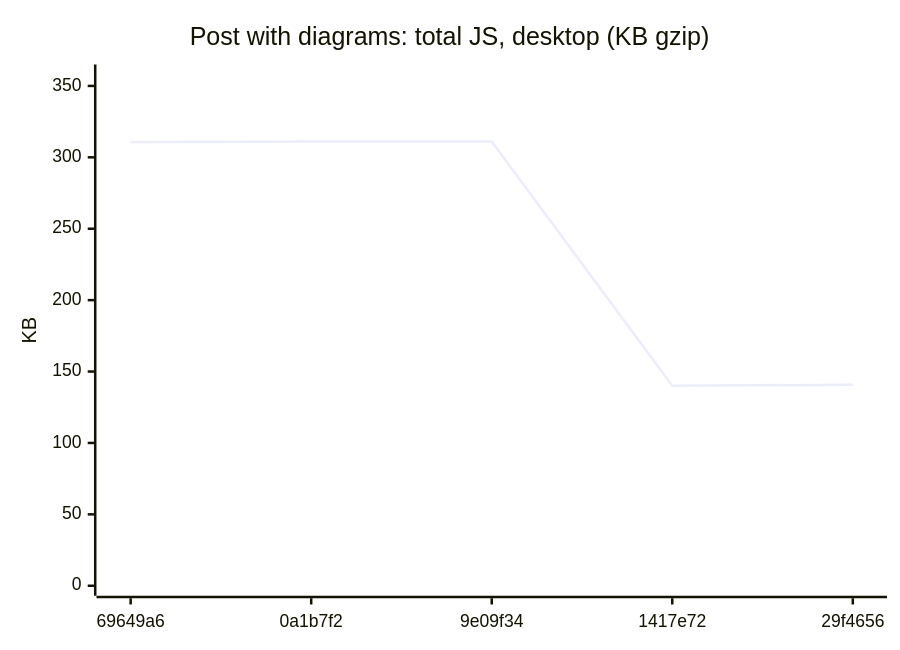
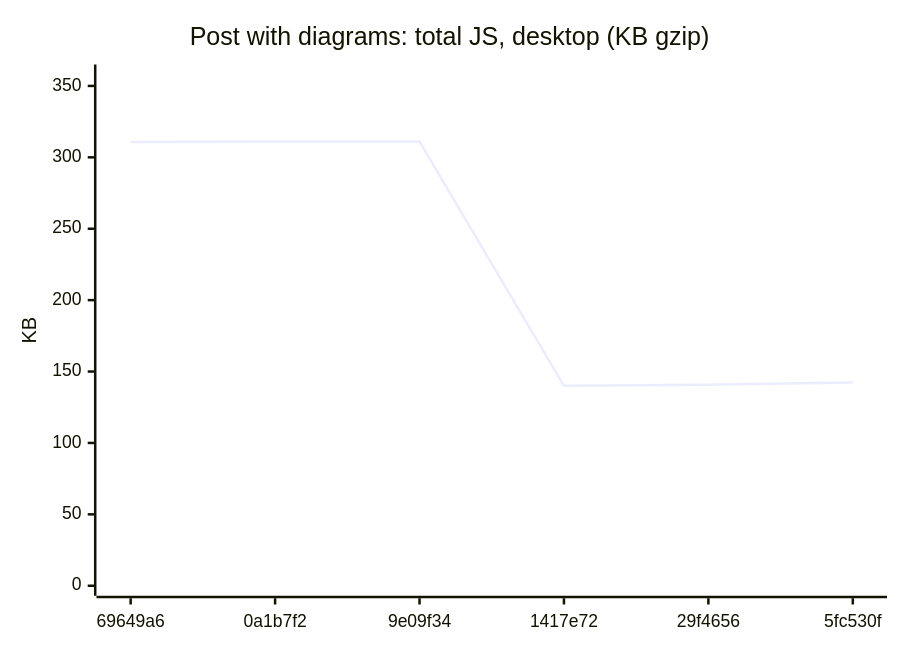
One commit to AxelUser/maltsev.space changed diagram 15 of 18 in README.md. Above: the diagram before and after it, drawn with Mermaid. The commit also changed other lines of this file and 1 other file, not shown here.

````diff
--- a/README.md
+++ b/README.md
@@ -161,7 +161,7 @@
 ```mermaid
 xychart-beta
   title "Post with diagrams: total JS, desktop (KB gzip)"
-  x-axis ["69649a6", "0a1b7f2", "9e09f34", "1417e72", "29f4656"]
+  x-axis ["69649a6", "0a1b7f2", "9e09f34", "1417e72", "29f4656", "5fc530f"]
   y-axis "KB" 0 --> 358
-  line [310.7, 311, 311, 140, 140.8]
+  line [310.7, 311, 311, 140, 140.8, 142.3]
 ```
````
